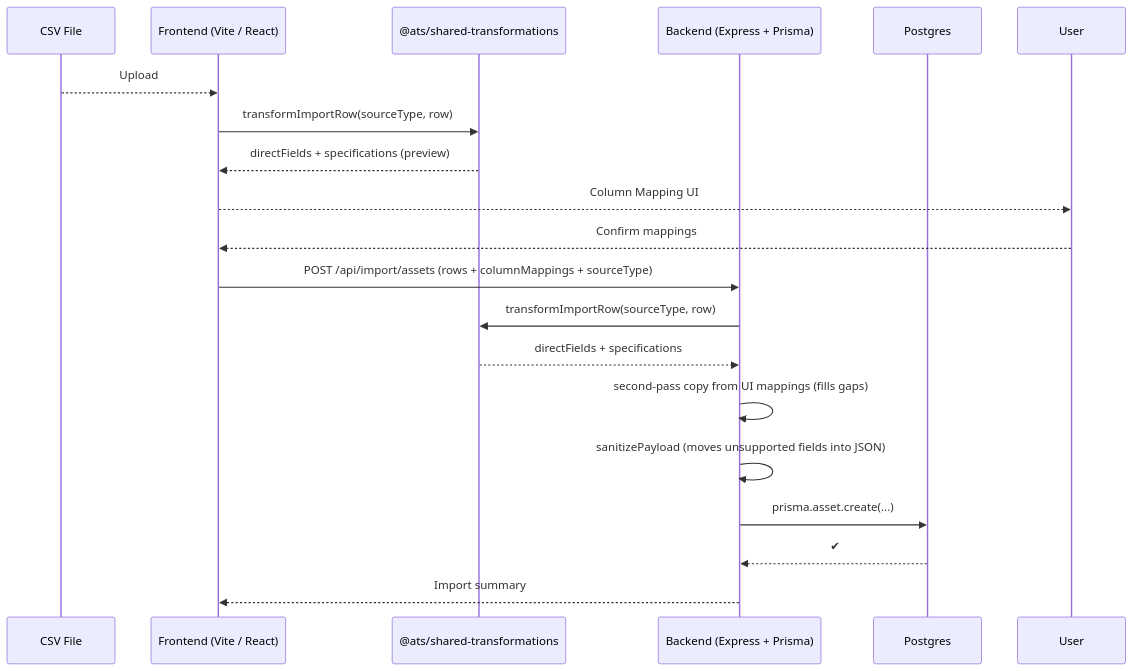
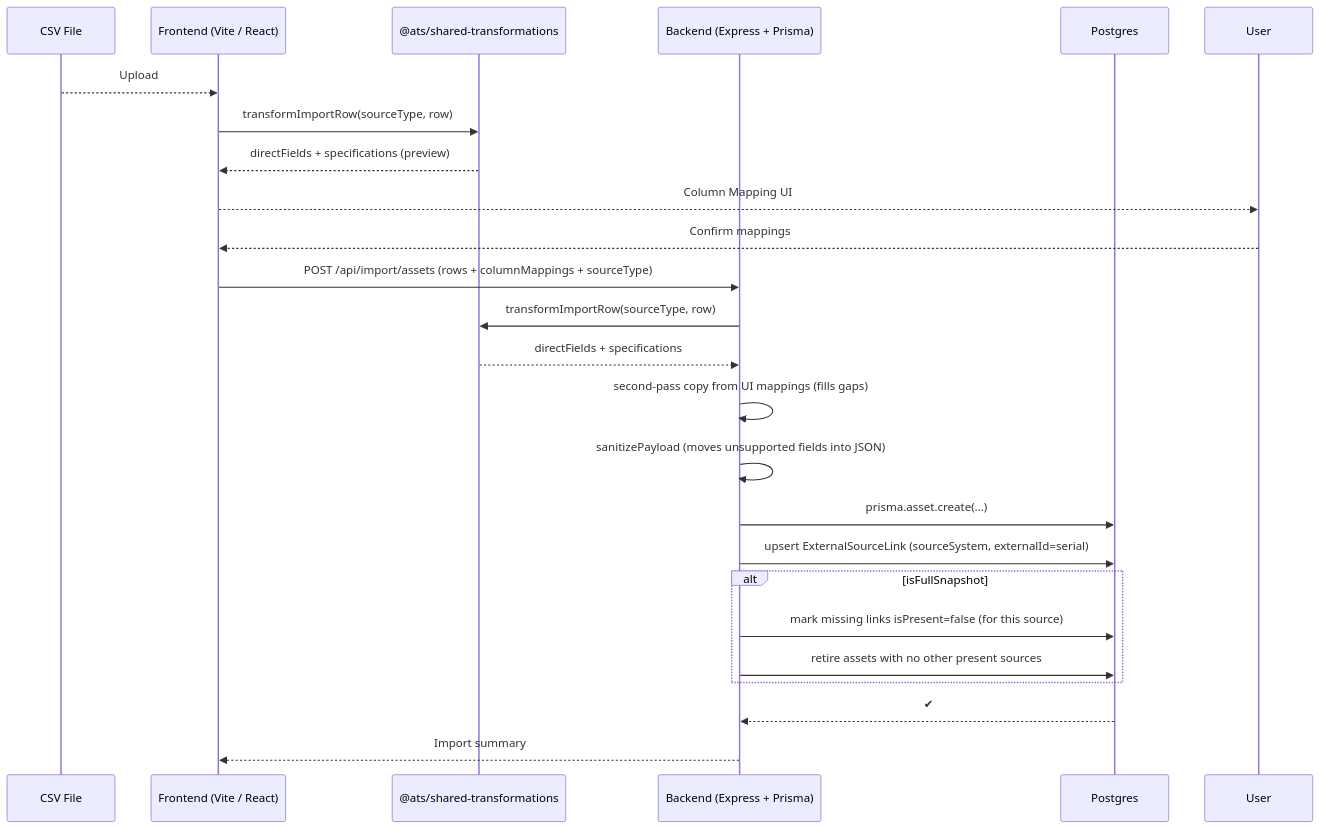
One commit to ca-vahid/AssetOrbit changed the diagram in docs/REFACTORED_IMPORT_ARCHITECTURE.md. Above: the diagram before and after it, drawn with Mermaid. The commit also changed other lines of this file and 27 other files, not shown here.

````diff
--- a/docs/REFACTORED_IMPORT_ARCHITECTURE.md
+++ b/docs/REFACTORED_IMPORT_ARCHITECTURE.md
@@ -9,22 +9,27 @@
 ```mermaid
 sequenceDiagram
     participant CSV as CSV File
     participant FE as Frontend (Vite / React)
     participant Shared as @ats/shared-transformations
     participant BE as Backend (Express + Prisma)
     participant DB as Postgres
 
     CSV-->>FE: Upload
     FE->>Shared: transformImportRow(sourceType, row)
     Shared-->>FE: directFields + specifications (preview)
     FE-->>User: Column Mapping UI
     User-->>FE: Confirm mappings
     FE->>BE: POST /api/import/assets (rows + columnMappings + sourceType)
     BE->>Shared: transformImportRow(sourceType, row)
     Shared-->>BE: directFields + specifications
     BE->>BE: second-pass copy from UI mappings (fills gaps)
     BE->>BE: sanitizePayload (moves unsupported fields into JSON)
     BE->>DB: prisma.asset.create(...)
+    BE->>DB: upsert ExternalSourceLink (sourceSystem, externalId=serial)
+    alt isFullSnapshot
+      BE->>DB: mark missing links isPresent=false (for this source)
+      BE->>DB: retire assets with no other present sources
+    end
     DB-->>BE: ✔︎
     BE-->>FE: Import summary
 ```
````
